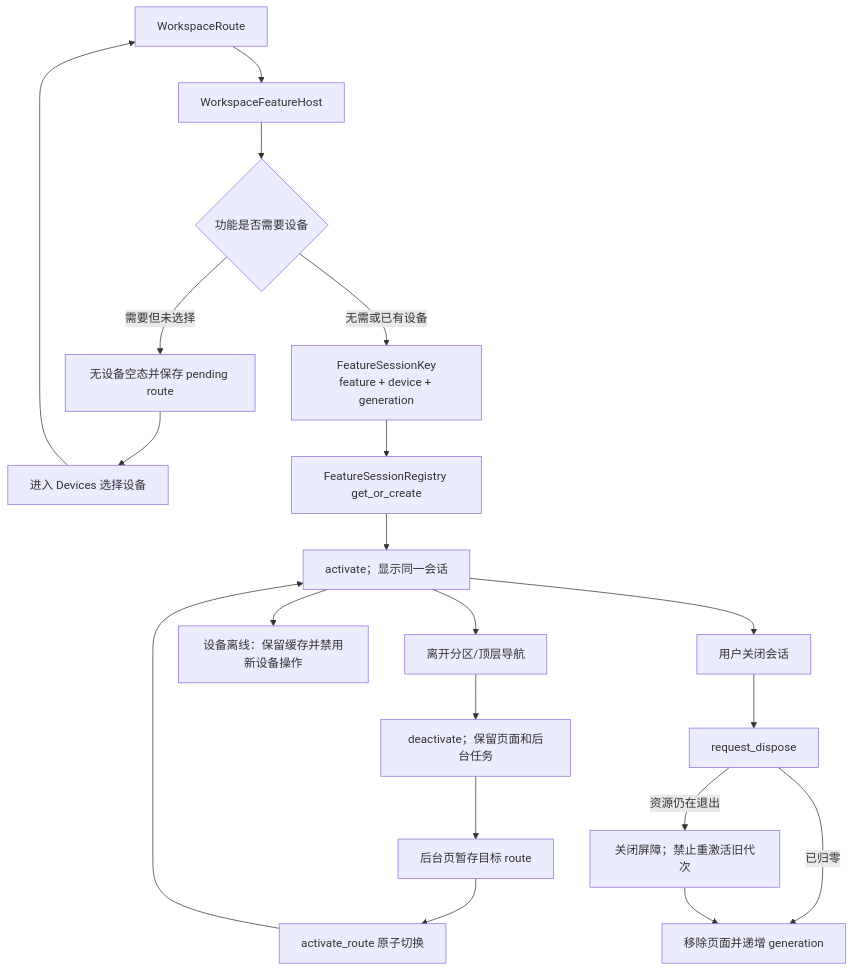
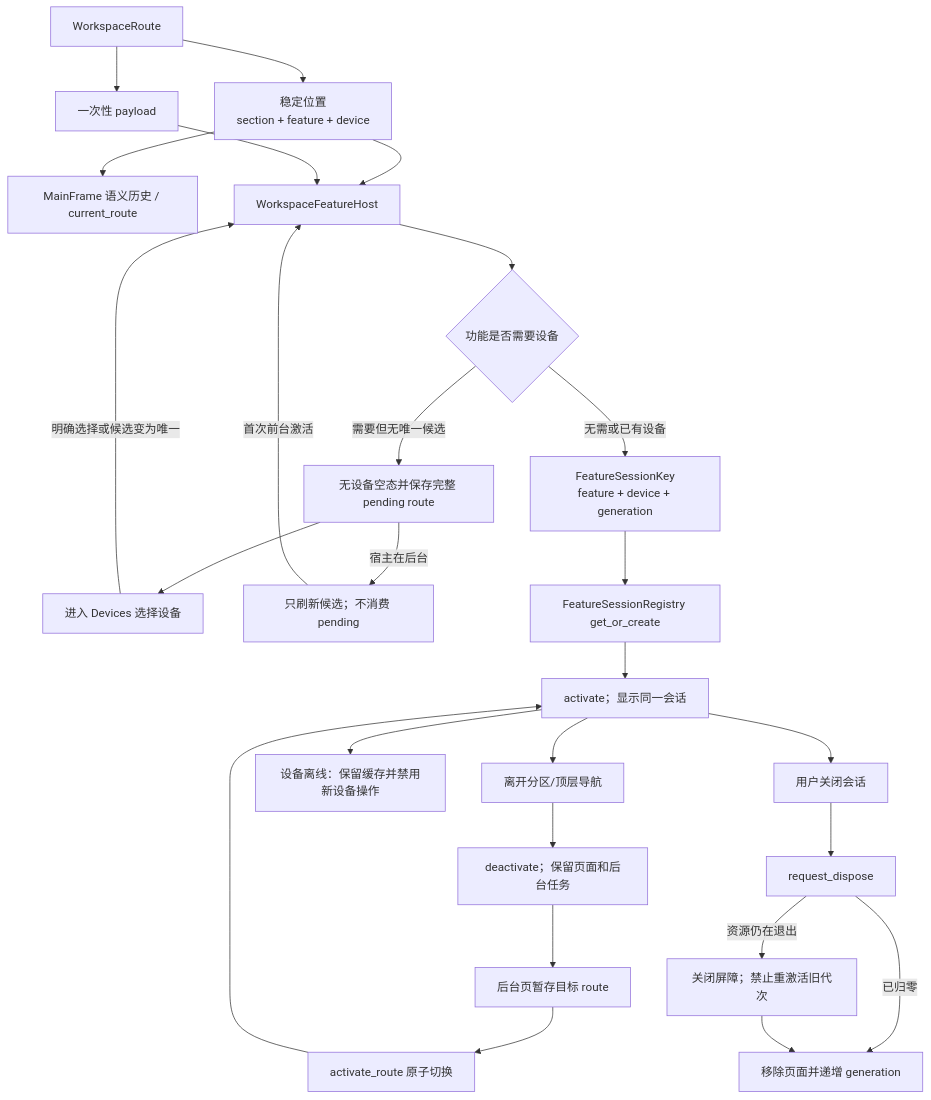
Before and after one commit to BlackHu-art/ADBLab: the third of 6 diagrams in docs/project-knowledge/DATA_FLOW.md, drawn with Mermaid. The commit also changed other lines of this file and 97 other files, not shown here.

````diff
--- a/docs/project-knowledge/DATA_FLOW.md
+++ b/docs/project-knowledge/DATA_FLOW.md
@@ -76,22 +77,28 @@
 ```mermaid
 flowchart TD
-    Route["WorkspaceRoute"] --> Host["WorkspaceFeatureHost"]
+    Route["WorkspaceRoute"] --> Stable["稳定位置<br/>section + feature + device"]
+    Route --> Payload["一次性 payload"]
+    Stable --> History["MainFrame 语义历史 / current_route"]
+    Stable --> Host["WorkspaceFeatureHost"]
+    Payload --> Host
     Host --> NeedDevice{"功能是否需要设备"}
-    NeedDevice -->|"需要但未选择"| Empty["无设备空态并保存 pending route"]
+    NeedDevice -->|"需要但无唯一候选"| Empty["无设备空态并保存完整 pending route"]
     Empty --> Select["进入 Devices 选择设备"]
-    Select --> Route
+    Select -->|"明确选择或候选变为唯一"| Host
+    Empty -->|"宿主在后台"| Wait["只刷新候选；不消费 pending"]
+    Wait -->|"首次前台激活"| Host
     NeedDevice -->|"无需或已有设备"| Key["FeatureSessionKey<br/>feature + device + generation"]
     Key --> Registry["FeatureSessionRegistry get_or_create"]
     Registry --> Active["activate；显示同一会话"]
     Active --> Navigate["离开分区/顶层导航"]
     Navigate --> Inactive["deactivate；保留页面和后台任务"]
     Inactive --> Queue["后台页暂存目标 route"]
     Queue --> Atomic["activate_route 原子切换"]
     Atomic --> Active
     Active --> Offline["设备离线：保留缓存并禁用新设备操作"]
     Active --> Close["用户关闭会话"]
     Close --> Dispose["request_dispose"]
     Dispose -->|"资源仍在退出"| Barrier["关闭屏障；禁止重激活旧代次"]
     Dispose -->|"已归零"| Remove["移除页面并递增 generation"]
     Barrier --> Remove
 ```
````
